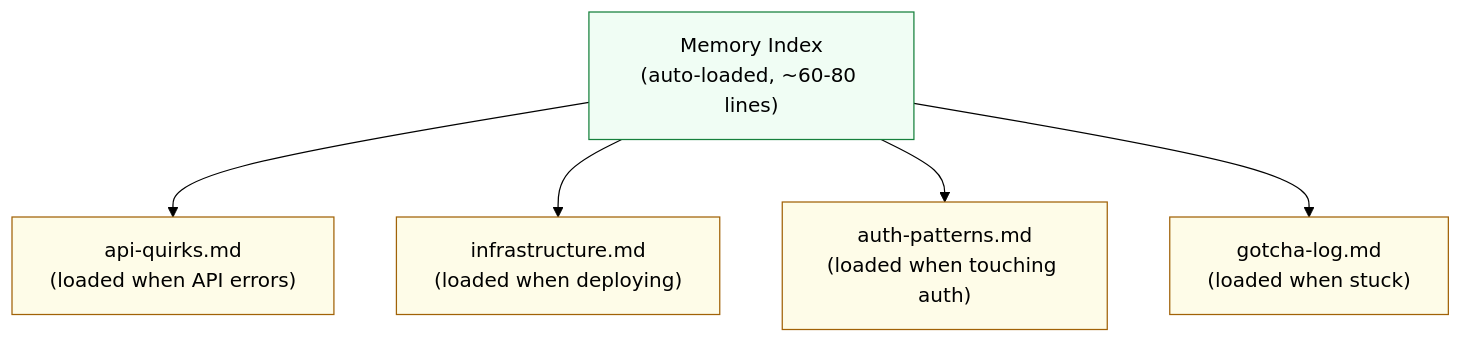
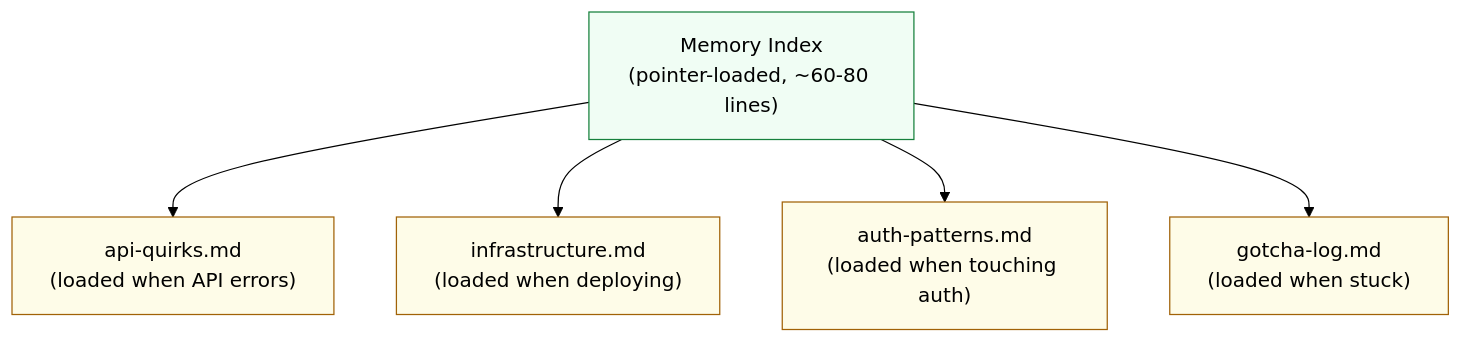
The third of 4 diagrams in docs/guide/02-the-layers.md (ducroq/agent-ready-projects), drawn with Mermaid (forest theme) before and after one commit. The commit also changed other lines of this file and 10 other files, not shown here.

First line of the commit message:
fix(templates,docs): the memory index is not auto-loaded — closes #40

````diff
--- a/docs/guide/02-the-layers.md
+++ b/docs/guide/02-the-layers.md
@@ -62,14 +62,14 @@
 ```mermaid
 graph TD
-    MI["Memory Index<br/>(auto-loaded, ~60-80 lines)"]
+    MI["Memory Index<br/>(pointer-loaded, ~60-80 lines)"]
     MI --> TF1["api-quirks.md<br/>(loaded when API errors)"]
     MI --> TF2["infrastructure.md<br/>(loaded when deploying)"]
     MI --> TF3["auth-patterns.md<br/>(loaded when touching auth)"]
     MI --> GL["gotcha-log.md<br/>(loaded when stuck)"]
 
     style MI fill:#f0fdf4,stroke:#16803c
     style TF1 fill:#fefce8,stroke:#a16207
     style TF2 fill:#fefce8,stroke:#a16207
     style TF3 fill:#fefce8,stroke:#a16207
     style GL fill:#fefce8,stroke:#a16207
 ```
````
